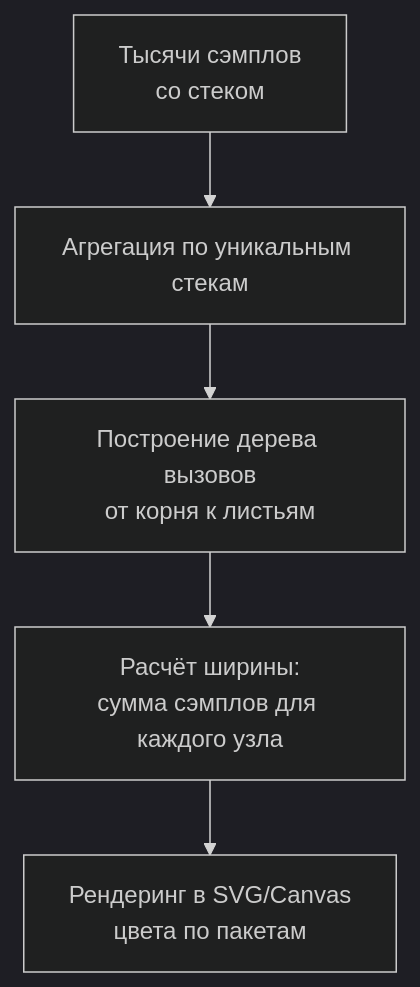
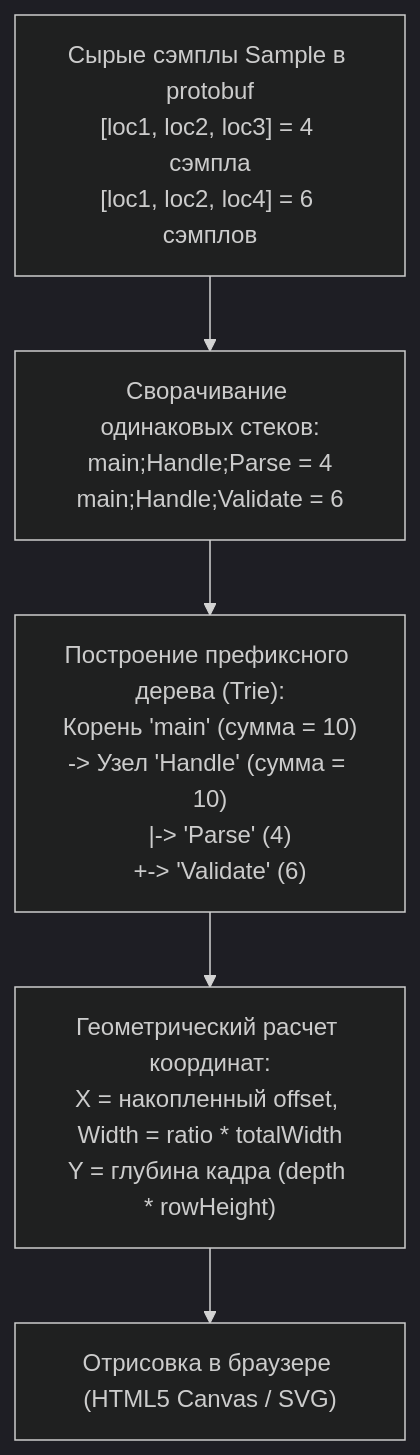
Before and after one commit to UnrealTemplier/go-textbook: the fourth of 6 diagrams in sources/16. Профилирование, отладка и производительность/03. CPU profiling/3. Flamegraph.md, drawn with Mermaid (dark theme). The commit also changed other lines of this file, not shown here.

````diff
--- a/sources/16. Профилирование, отладка и производительность/03. CPU profiling/3. Flamegraph.md
+++ b/sources/16. Профилирование, отладка и производительность/03. CPU profiling/3. Flamegraph.md
@@ -100,7 +190,7 @@
 ```mermaid
 flowchart TD
-    Samples["Тысячи сэмплов<br>со стеком"] --> Agg["Агрегация по уникальным стекам"]
-    Agg --> Tree["Построение дерева вызовов<br>от корня к листьям"]
-    Tree --> Width["Расчёт ширины:<br>сумма сэмплов для каждого узла"]
-    Width --> Render["Рендеринг в SVG/Canvas<br>цвета по пакетам"]
+    Samples["Сырые сэмплы Sample в protobuf<br>[loc1, loc2, loc3] = 4 сэмпла<br>[loc1, loc2, loc4] = 6 сэмплов"] --> Collapse["Сворачивание одинаковых стеков:<br>main;Handle;Parse = 4<br>main;Handle;Validate = 6"]
+    Collapse --> Tree["Построение префиксного дерева (Trie):<br>Корень 'main' (сумма = 10)<br>-> Узел 'Handle' (сумма = 10)<br>   |-> 'Parse' (4)<br>   +-> 'Validate' (6)"]
+    Tree --> Layout["Геометрический расчет координат:<br>X = накопленный offset, Width = ratio * totalWidth<br>Y = глубина кадра (depth * rowHeight)"]
+    Layout --> DOM["Отрисовка в браузере (HTML5 Canvas / SVG)"]
 ```
````
